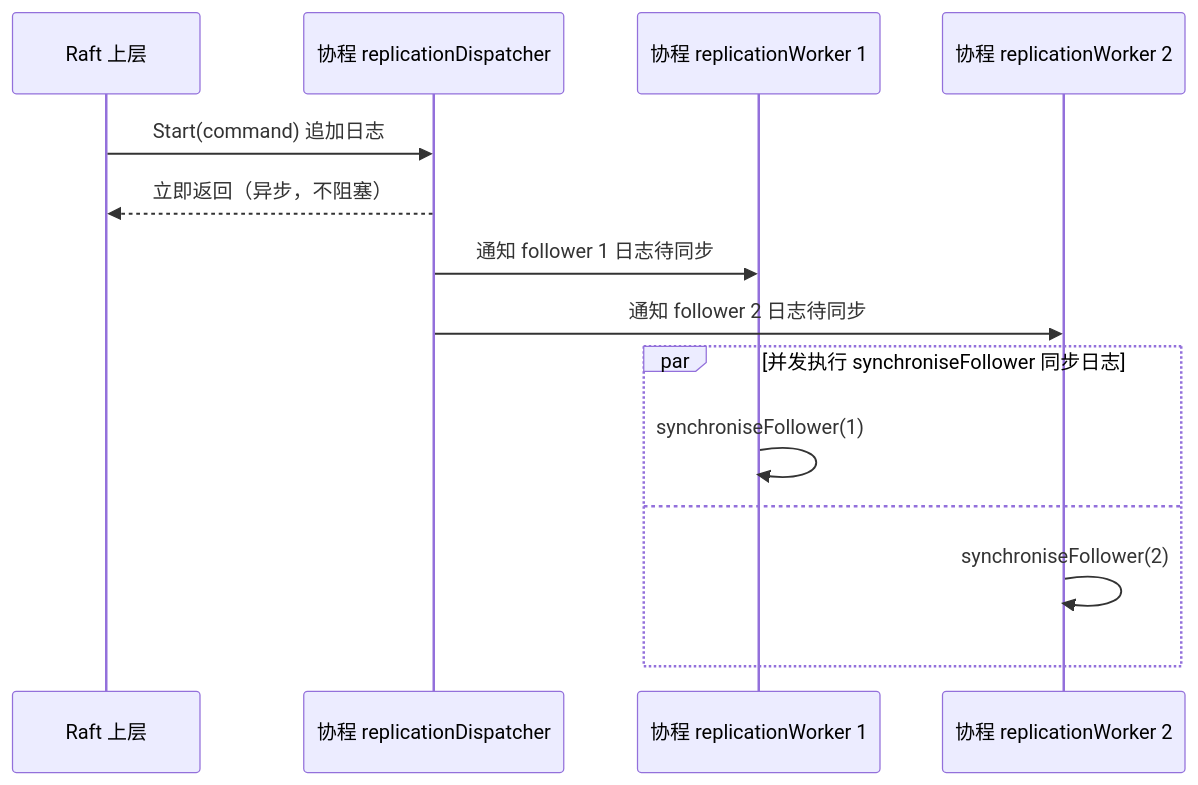
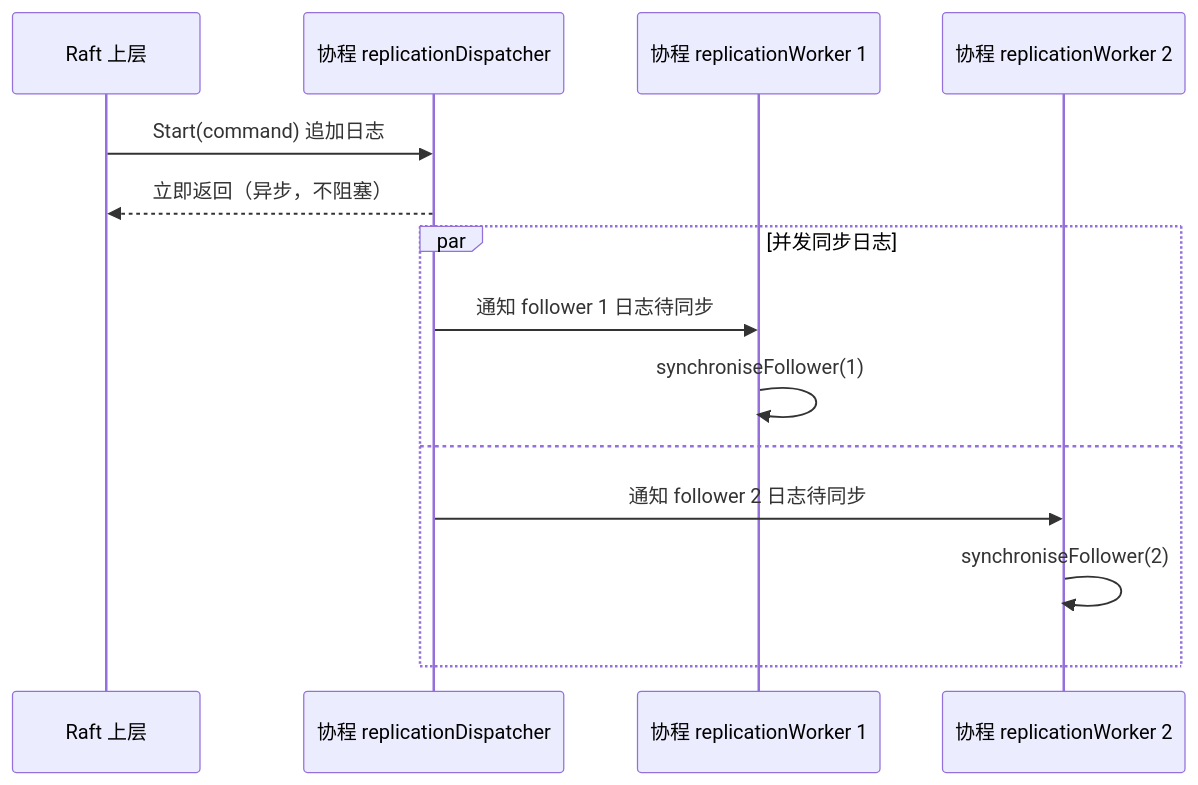
Before and after one commit to AOisUsed/mitDistroSys26: the third of 3 diagrams in docs/DESIGN.md, drawn with Mermaid. The commit also changed other lines of this file and 7 other files, not shown here.

````diff
--- a/docs/DESIGN.md
+++ b/docs/DESIGN.md
@@ -357,16 +357,16 @@
 ```mermaid
 sequenceDiagram
     participant RSM as Raft 上层
     participant D as 协程 replicationDispatcher
     participant W1 as 协程 replicationWorker 1
     participant W2 as 协程 replicationWorker 2
     RSM->>D: Start(command) 追加日志
     D-->>RSM: 立即返回（异步，不阻塞）
-    D->>W1: 通知 follower 1 日志待同步
-    D->>W2: 通知 follower 2 日志待同步
-    par 并发执行 synchroniseFollower 同步日志
+    par 并发同步日志
+	    D->>W1: 通知 follower 1 日志待同步
         W1->>W1: synchroniseFollower(1)
     and 
+	    D->>W2: 通知 follower 2 日志待同步
         W2->>W2: synchroniseFollower(2)
     end
 ```
````
